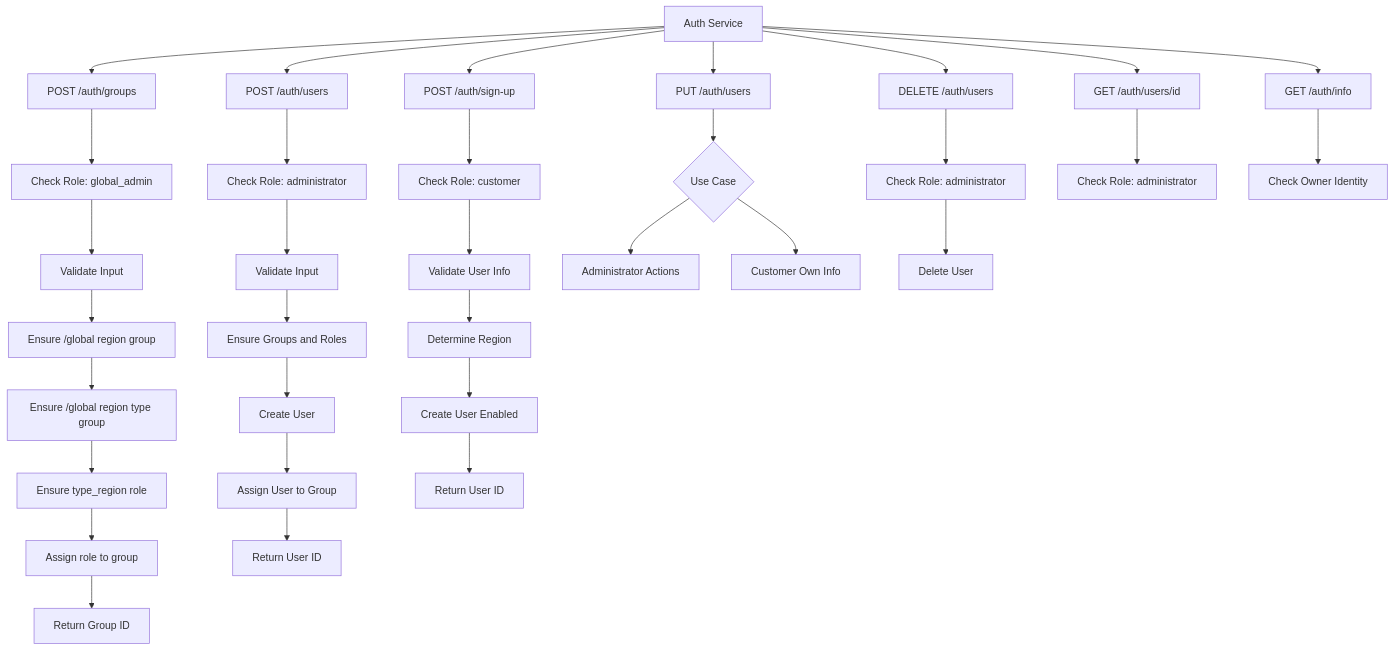
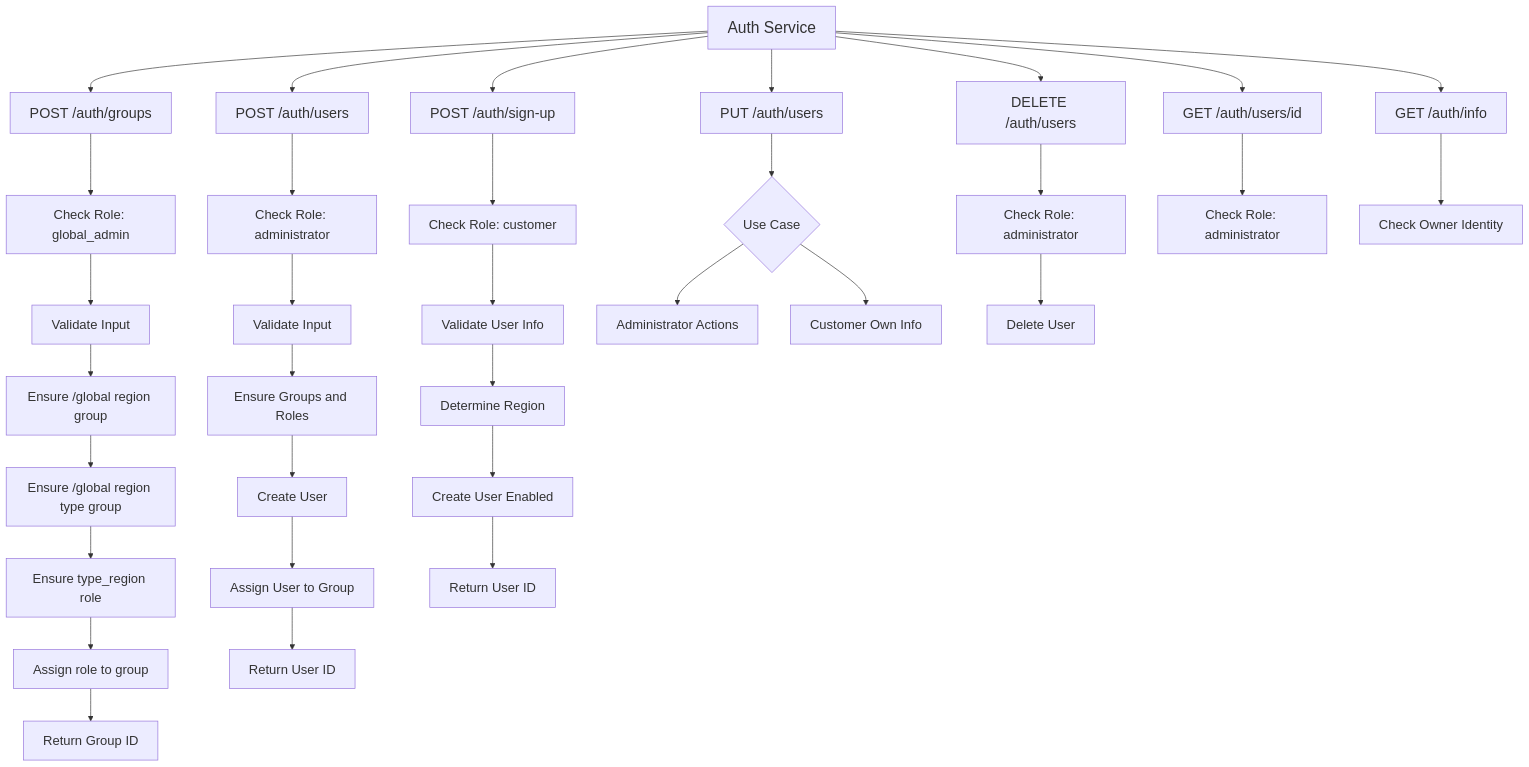
The first of 3 diagrams in README.md (LeDuyNhan1201/concertify), drawn with Mermaid before and after one commit. The commit also changed other lines of this file, not shown here.

First line of the commit message:
Enhance README with updated service flowcharts

````diff
--- a/README.md
+++ b/README.md
@@ -6,49 +6,83 @@
 ```mermaid
+%%{init: {"themeVariables": {"fontSize": "20px"}}}%%
 flowchart TD
     Start[Auth Service]
+    style Start font-size:24px
 
     %% Create Group
     Start --> CG[POST /auth/groups]
+    style CG font-size:22px
     CG --> CG_Auth[Check Role: global_admin]
+    style CG_Auth font-size:20px
     CG_Auth --> CG_Validate[Validate Input]
+    style CG_Validate font-size:20px
     CG_Validate --> CG_CreateParent[Ensure /global region group]
+    style CG_CreateParent font-size:20px
     CG_CreateParent --> CG_CreateChild[Ensure /global region type group]
+    style CG_CreateChild font-size:20px
     CG_CreateChild --> CG_Role[Ensure type_region role]
+    style CG_Role font-size:20px
     CG_Role --> CG_Assign[Assign role to group]
+    style CG_Assign font-size:20px
     CG_Assign --> CG_Done[Return Group ID]
+    style CG_Done font-size:20px
 
     %% Create User (Admin Use Case)
     Start --> CU_Admin[POST /auth/users]
+    style CU_Admin font-size:22px
     CU_Admin --> CU_Admin_Auth[Check Role: administrator]
+    style CU_Admin_Auth font-size:20px
     CU_Admin_Auth --> CU_Admin_Validate[Validate Input]
+    style CU_Admin_Validate font-size:20px
     CU_Admin_Validate --> CU_Admin_Group[Ensure Groups and Roles]
+    style CU_Admin_Group font-size:20px
     CU_Admin_Group --> CU_Admin_CreateUser[Create User]
+    style CU_Admin_CreateUser font-size:20px
     CU_Admin_CreateUser --> CU_Admin_AssignGroup[Assign User to Group]
+    style CU_Admin_AssignGroup font-size:20px
     CU_Admin_AssignGroup --> CU_Admin_Done[Return User ID]
+    style CU_Admin_Done font-size:20px
 
     %% Create User (Customer Sign-Up)
     Start --> CU_Customer[POST /auth/sign-up]
+    style CU_Customer font-size:22px
     CU_Customer --> CU_Customer_Role[Check Role: customer]
+    style CU_Customer_Role font-size:20px
     CU_Customer_Role --> CU_Customer_Validate[Validate User Info]
+    style CU_Customer_Validate font-size:20px
     CU_Customer_Validate --> CU_Customer_Region[Determine Region]
+    style CU_Customer_Region font-size:20px
     CU_Customer_Region --> CU_Customer_CreateUser[Create User Enabled]
+    style CU_Customer_CreateUser font-size:20px
     CU_Customer_CreateUser --> CU_Customer_Done[Return User ID]
+    style CU_Customer_Done font-size:20px
 
     %% Update User
     Start --> UU[PUT /auth/users]
+    style UU font-size:22px
     UU --> UU_Variants{Use Case}
+    style UU_Variants font-size:20px
     UU_Variants --> UU_Admin[Administrator Actions]
+    style UU_Admin font-size:20px
     UU_Variants --> UU_Customer[Customer Own Info]
+    style UU_Customer font-size:20px
 
     %% Delete User
     Start --> DU[DELETE /auth/users]
+    style DU font-size:22px
     DU --> DU_Auth[Check Role: administrator]
+    style DU_Auth font-size:20px
     DU_Auth --> DU_Delete[Delete User]
+    style DU_Delete font-size:20px
 
     %% User Details
     Start --> UD_Admin[GET /auth/users/id]
+    style UD_Admin font-size:22px
     UD_Admin --> UD_Admin_Auth[Check Role: administrator]
+    style UD_Admin_Auth font-size:20px
 
     Start --> UD_Customer[GET /auth/info]
+    style UD_Customer font-size:22px
     UD_Customer --> UD_Customer_Check[Check Owner Identity]
+    style UD_Customer_Check font-size:20px
 ```
````
